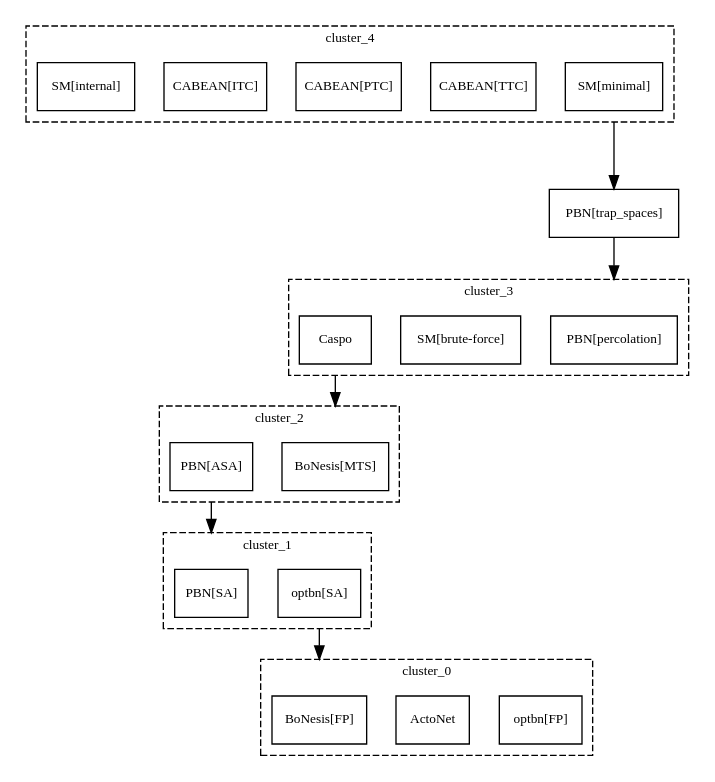
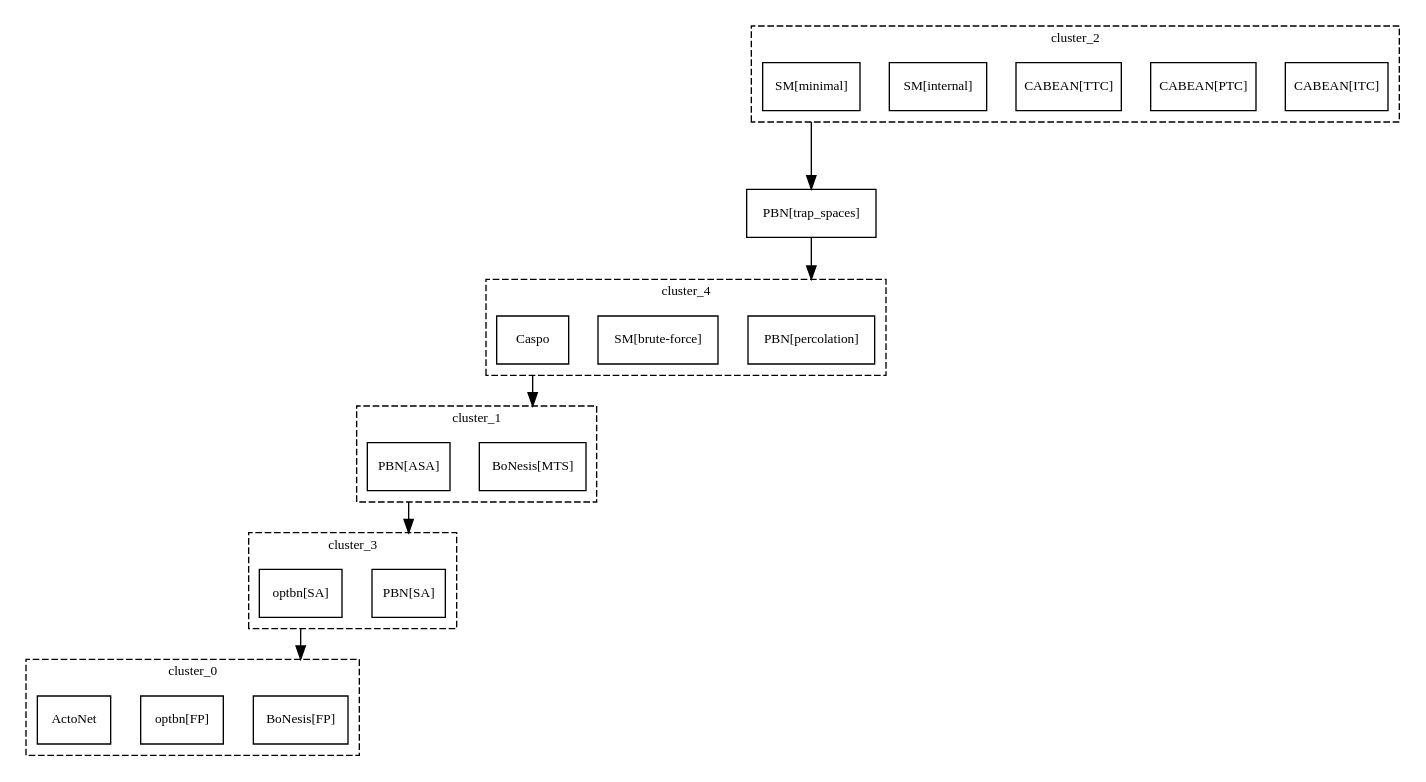
The diagram in experiments/results/practical/T-LGL/_graph_tred.dot (kalebmoon07/BN-control-taxonomy), drawn with Graphviz before and after one commit. The commit also changed 104 other files, not shown here.

```diff
--- a/experiments/results/practical/T-LGL/_graph_tred.dot
+++ b/experiments/results/practical/T-LGL/_graph_tred.dot
@@ -1,51 +1,51 @@
 strict digraph G {
 graph [fontsize=10, fontname=Verdana, compound=true];
 node [shape=record, fontsize=10, fontname=Verdana];
 graph [nodesep=0.3, ranksep=0.8];
 subgraph cluster_0 {
 label="cluster_0";
 graph [style=dashed, color=black];
+"BoNesis[FP]";
 "optbn[FP]";
 ActoNet;
-"BoNesis[FP]";
 }
 
 subgraph cluster_1 {
 label="cluster_1";
 graph [style=dashed, color=black];
-"optbn[SA]";
-"PBN[SA]";
+"BoNesis[MTS]";
+"PBN[ASA]";
 }
 
 subgraph cluster_2 {
 label="cluster_2";
 graph [style=dashed, color=black];
-"BoNesis[MTS]";
-"PBN[ASA]";
+"CABEAN[ITC]";
+"CABEAN[PTC]";
+"CABEAN[TTC]";
+"SM[internal]";
+"SM[minimal]";
 }
 
 subgraph cluster_3 {
 label="cluster_3";
+graph [style=dashed, color=black];
+"PBN[SA]";
+"optbn[SA]";
+}
+
+subgraph cluster_4 {
+label="cluster_4";
 graph [style=dashed, color=black];
 "PBN[percolation]";
 "SM[brute-force]";
 Caspo;
 }
 
-subgraph cluster_4 {
-label="cluster_4";
-graph [style=dashed, color=black];
-"SM[minimal]";
-"CABEAN[TTC]";
-"CABEAN[PTC]";
-"CABEAN[ITC]";
-"SM[internal]";
+"PBN[trap_spaces]";
+"PBN[ASA]" -> "PBN[SA]" [ltail="cluster_1", lhead="cluster_3"];
+"PBN[trap_spaces]" -> "PBN[percolation]" [lhead="cluster_4"];
+"SM[minimal]" -> "PBN[trap_spaces]" [ltail="cluster_2"];
+"optbn[SA]" -> "BoNesis[FP]" [ltail="cluster_3", lhead="cluster_0"];
+Caspo -> "BoNesis[MTS]" [ltail="cluster_4", lhead="cluster_1"];
 }
-
-"PBN[trap_spaces]";
-"PBN[ASA]" -> "PBN[SA]" [ltail="cluster_2", lhead="cluster_1"];
-"PBN[trap_spaces]" -> "PBN[percolation]" [lhead="cluster_3"];
-"SM[minimal]" -> "PBN[trap_spaces]" [ltail="cluster_4"];
-"optbn[SA]" -> "BoNesis[FP]" [ltail="cluster_1", lhead="cluster_0"];
-Caspo -> "BoNesis[MTS]" [ltail="cluster_3", lhead="cluster_2"];
-}
```
